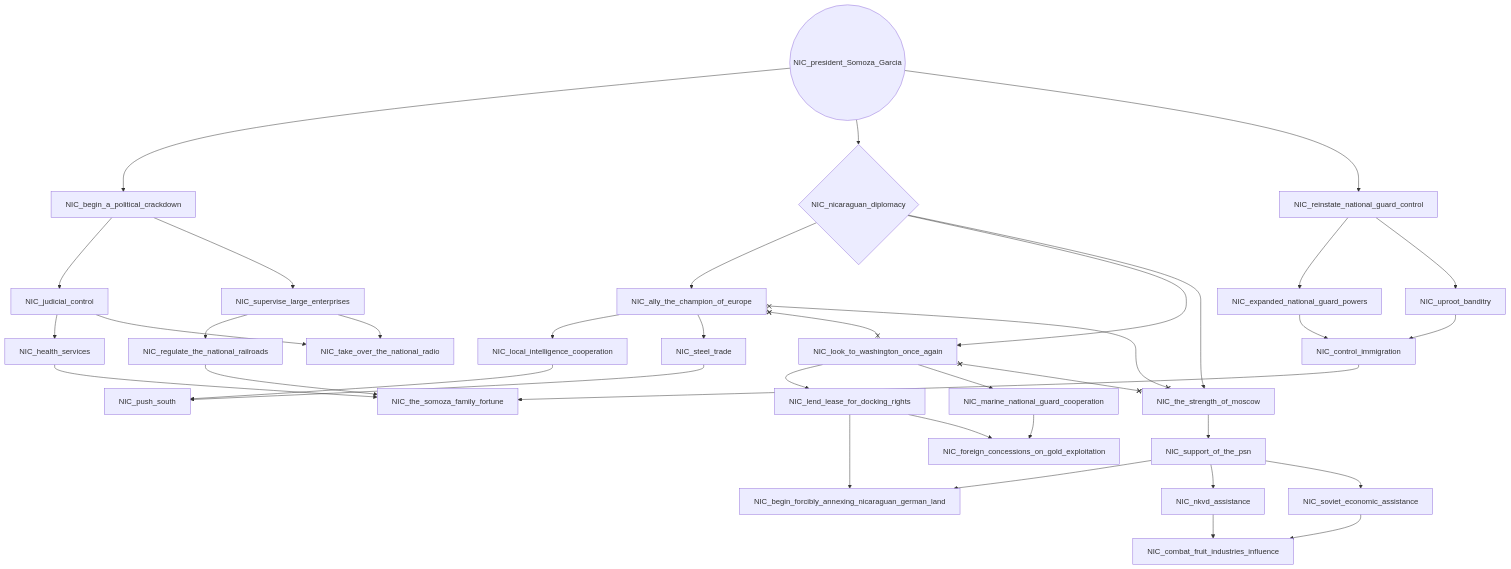
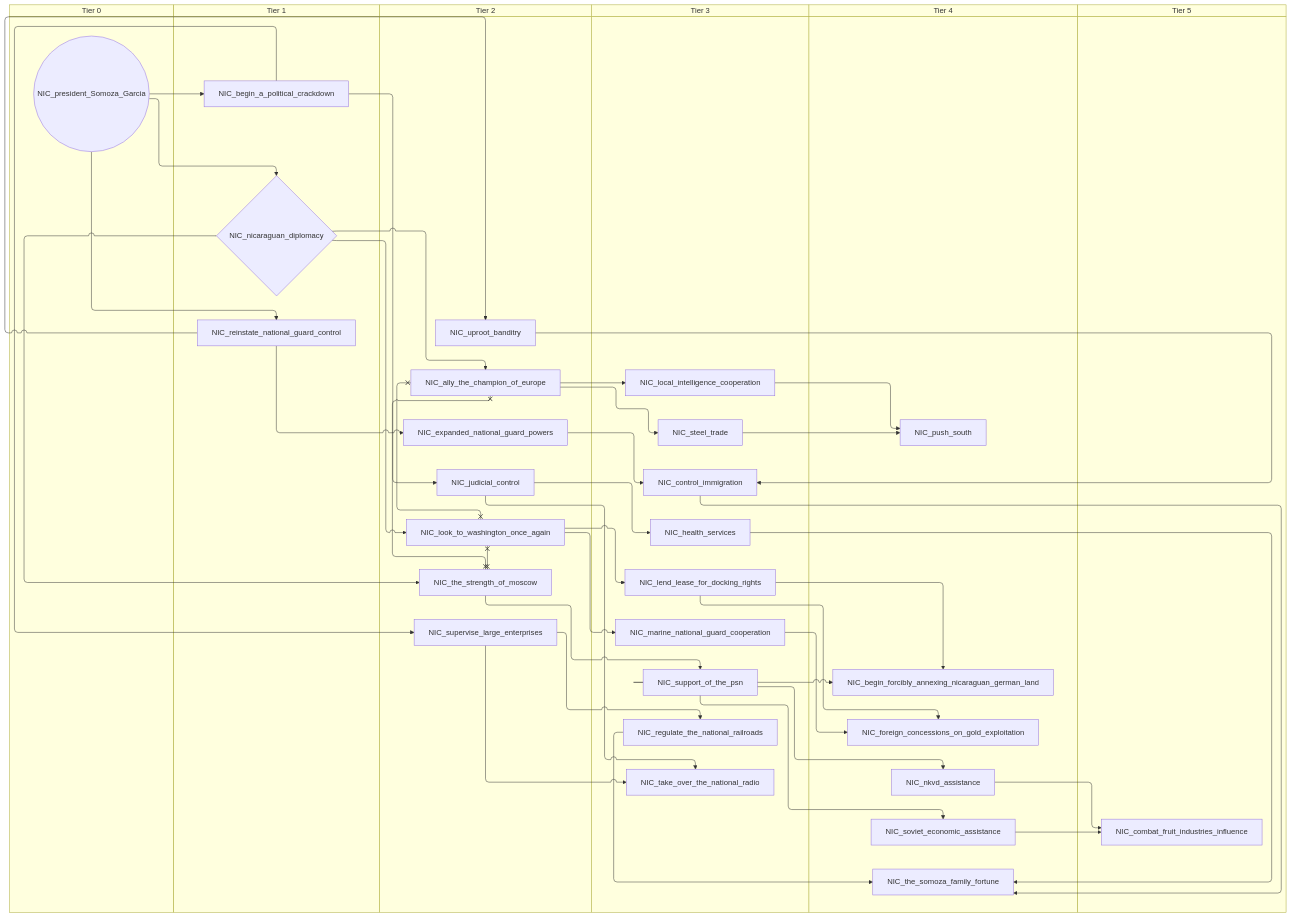
One commit to evgeny-sobol/hoi4-sandbox-mode-r56 changed the diagram in docs/gdd/National Focuses/r56/Nicaragua.md. Above: the diagram before and after it, drawn with Mermaid. The commit also changed 423 other files, not shown here.

First line of the commit message:
Re-export Rt56 focus trees as swimlane diagrams

````diff
--- a/docs/gdd/National Focuses/r56/Nicaragua.md
+++ b/docs/gdd/National Focuses/r56/Nicaragua.md
@@ -3,67 +3,79 @@
 ```mermaid
-flowchart TD
-    n1["NIC_ally_the_champion_of_europe"]
-    n2["NIC_begin_a_political_crackdown"]
-    n3["NIC_begin_forcibly_annexing_nicaraguan_german_land"]
-    n4["NIC_combat_fruit_industries_influence"]
-    n5["NIC_control_immigration"]
-    n6["NIC_expanded_national_guard_powers"]
-    n7["NIC_foreign_concessions_on_gold_exploitation"]
-    n8["NIC_health_services"]
-    n9["NIC_judicial_control"]
-    n10["NIC_lend_lease_for_docking_rights"]
-    n11["NIC_local_intelligence_cooperation"]
-    n12["NIC_look_to_washington_once_again"]
-    n13["NIC_marine_national_guard_cooperation"]
-    n14{"NIC_nicaraguan_diplomacy"}
-    n15["NIC_nkvd_assistance"]
-    n16(("NIC_president_Somoza_Garcia"))
-    n17["NIC_push_south"]
-    n18["NIC_regulate_the_national_railroads"]
-    n19["NIC_reinstate_national_guard_control"]
-    n20["NIC_soviet_economic_assistance"]
-    n21["NIC_steel_trade"]
-    n22["NIC_supervise_large_enterprises"]
-    n23["NIC_support_of_the_psn"]
-    n24["NIC_take_over_the_national_radio"]
-    n25["NIC_the_somoza_family_fortune"]
-    n26["NIC_the_strength_of_moscow"]
-    n27["NIC_uproot_banditry"]
-    n14 --> n1
-    n16 --> n2
-    n23 --> n3
-    n10 --> n3
-    n15 --> n4
-    n20 --> n4
-    n27 --> n5
-    n6 --> n5
-    n19 --> n6
-    n10 --> n7
-    n13 --> n7
-    n9 --> n8
+swimlane-beta TD
+    subgraph tier_0["Tier 0"]
+        n1(("NIC_president_Somoza_Garcia"))
+    end
+    subgraph tier_1["Tier 1"]
+        n2["NIC_begin_a_political_crackdown"]
+        n3{"NIC_nicaraguan_diplomacy"}
+        n4["NIC_reinstate_national_guard_control"]
+    end
+    subgraph tier_2["Tier 2"]
+        n5["NIC_ally_the_champion_of_europe"]
+        n6["NIC_expanded_national_guard_powers"]
+        n7["NIC_judicial_control"]
+        n8["NIC_look_to_washington_once_again"]
+        n9["NIC_supervise_large_enterprises"]
+        n10["NIC_the_strength_of_moscow"]
+        n11["NIC_uproot_banditry"]
+    end
+    subgraph tier_3["Tier 3"]
+        n12["NIC_control_immigration"]
+        n13["NIC_health_services"]
+        n14["NIC_lend_lease_for_docking_rights"]
+        n15["NIC_local_intelligence_cooperation"]
+        n16["NIC_marine_national_guard_cooperation"]
+        n17["NIC_regulate_the_national_railroads"]
+        n18["NIC_steel_trade"]
+        n19["NIC_support_of_the_psn"]
+        n20["NIC_take_over_the_national_radio"]
+    end
+    subgraph tier_4["Tier 4"]
+        n21["NIC_begin_forcibly_annexing_nicaraguan_german_land"]
+        n22["NIC_foreign_concessions_on_gold_exploitation"]
+        n23["NIC_nkvd_assistance"]
+        n24["NIC_push_south"]
+        n25["NIC_soviet_economic_assistance"]
+        n26["NIC_the_somoza_family_fortune"]
+    end
+    subgraph tier_5["Tier 5"]
+        n27["NIC_combat_fruit_industries_influence"]
+    end
+    n3 --> n5
+    n1 --> n2
+    n19 --> n21
+    n14 --> n21
+    n23 --> n27
+    n25 --> n27
+    n11 --> n12
+    n6 --> n12
+    n4 --> n6
+    n14 --> n22
+    n16 --> n22
+    n7 --> n13
+    n2 --> n7
+    n8 --> n14
+    n5 --> n15
+    n3 --> n8
+    n8 --> n16
+    n1 --> n3
+    n19 --> n23
+    n15 --> n24
+    n18 --> n24
+    n9 --> n17
+    n1 --> n4
+    n19 --> n25
+    n5 --> n18
     n2 --> n9
-    n12 --> n10
-    n1 --> n11
-    n14 --> n12
-    n12 --> n13
-    n16 --> n14
-    n23 --> n15
-    n11 --> n17
-    n21 --> n17
-    n22 --> n18
-    n16 --> n19
-    n23 --> n20
-    n1 --> n21
-    n2 --> n22
-    n26 --> n23
-    n9 --> n24
-    n22 --> n24
-    n5 --> n25
-    n18 --> n25
-    n8 --> n25
-    n14 --> n26
-    n19 --> n27
-    n1 x--x n12
-    n1 x--x n26
-    n12 x--x n26
+    n10 --> n19
+    n7 --> n20
+    n9 --> n20
+    n12 --> n26
+    n17 --> n26
+    n13 --> n26
+    n3 --> n10
+    n4 --> n11
+    n5 x--x n8
+    n5 x--x n10
+    n8 x--x n10
 ```
````
